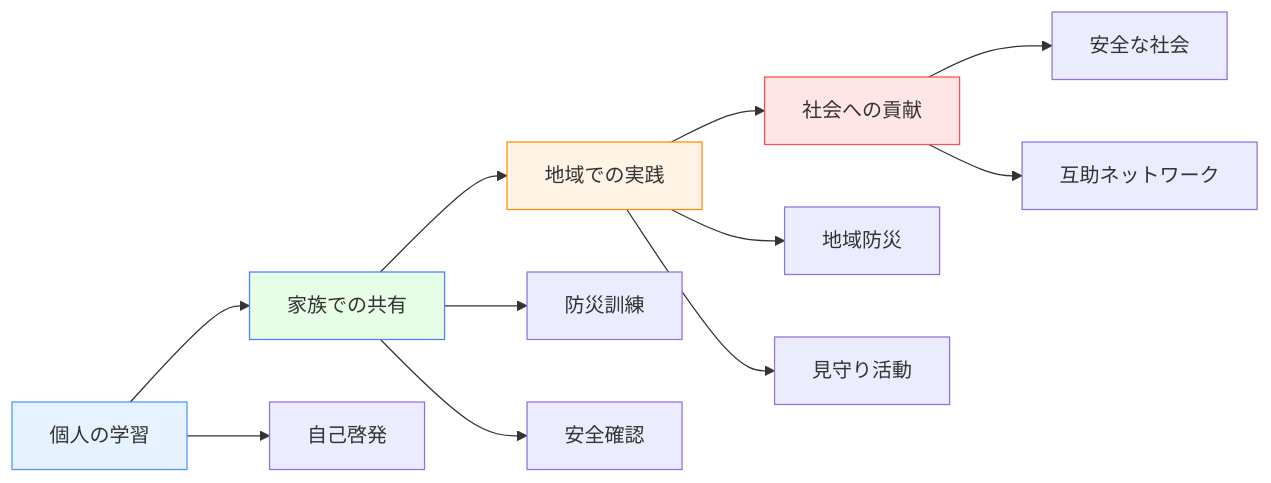
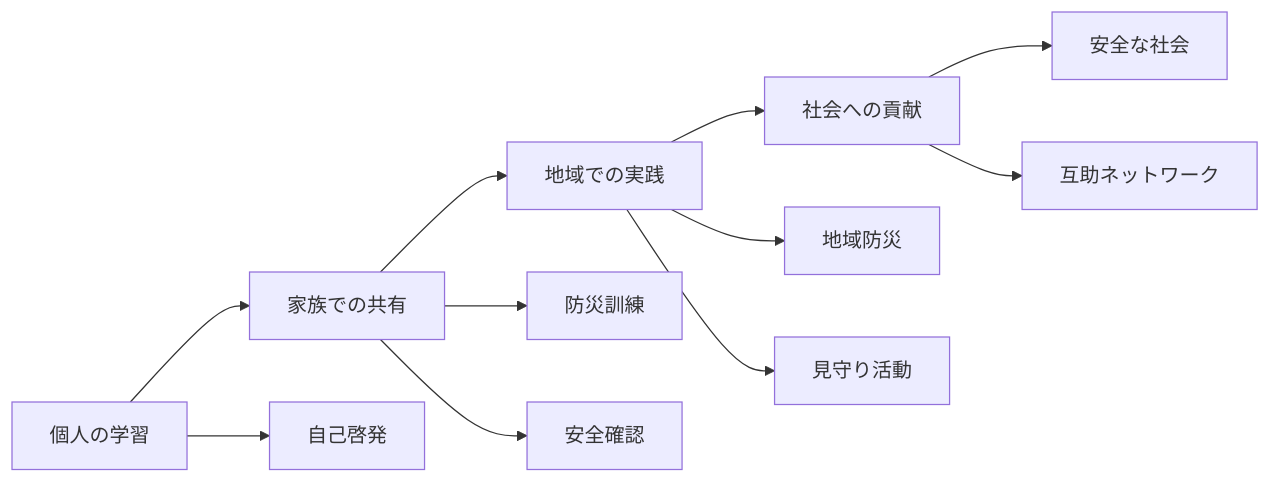
The ninth of 11 diagrams in docs/applications/daily-life.md (shuji-bonji/Situational-Awareness-and-Decision-Making), drawn with Mermaid before and after one commit. The commit also changed other lines of this file and 49 other files, not shown here.

Commit message:
fix: ダークモードで見づらい図の色の変更

````diff
--- a/docs/applications/daily-life.md
+++ b/docs/applications/daily-life.md
@@ -586,19 +586,19 @@
 ```mermaid
 graph LR
     A[個人の学習] --> B[家族での共有]
     B --> C[地域での実践]
     C --> D[社会への貢献]
     
     A --> A1[自己啓発]
     B --> B1[防災訓練]
     B --> B2[安全確認]
     C --> C1[地域防災]
     C --> C2[見守り活動]
     D --> D1[安全な社会]
     D --> D2[互助ネットワーク]
     
-    style A fill:#e6f2ff,stroke:#4d94ff
-    style B fill:#e6ffe6,stroke:#4d7fff
-    style C fill:#fff4e6,stroke:#ff8c00
-    style D fill:#ffe6e6,stroke:#ff4d4d
+
+
+
+
 ```
````
